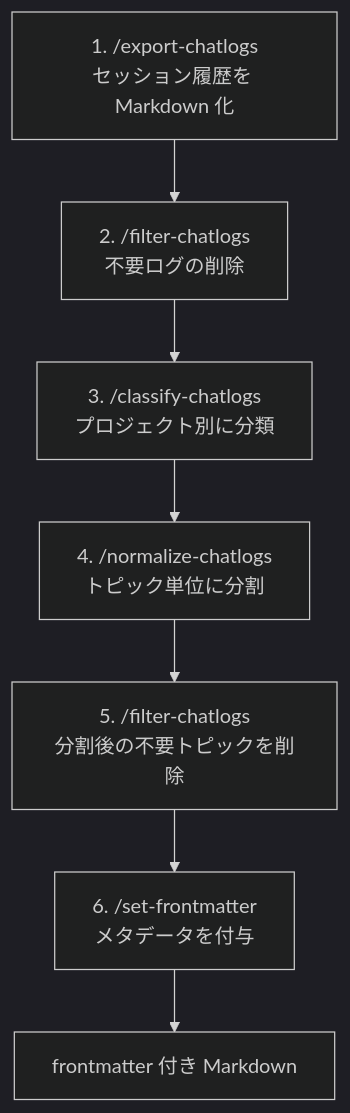
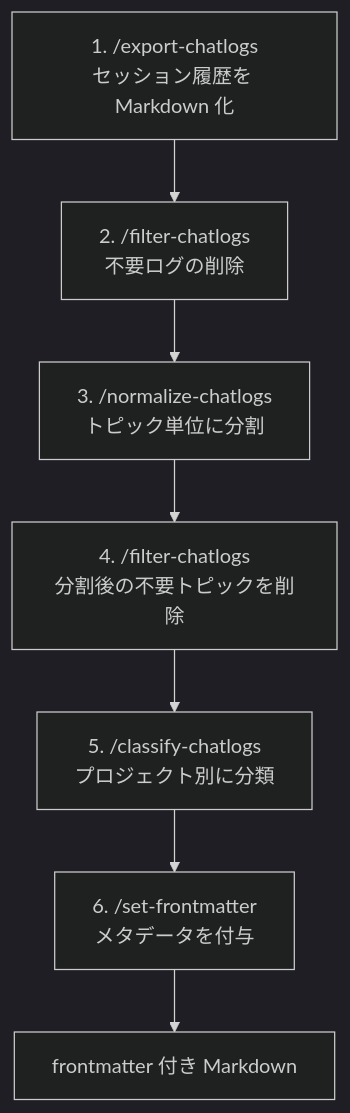
One commit to atsushifx/zenn-dev changed the diagram in articles/oss-chatlog-exporter-overview.md. Above: the diagram before and after it, drawn with Mermaid (dark theme). The commit also changed other lines of this file, not shown here.

````diff
--- a/articles/oss-chatlog-exporter-overview.md
+++ b/articles/oss-chatlog-exporter-overview.md
@@ -511,9 +514,9 @@
 ```mermaid
 flowchart TD
     A["1. /export-chatlogs<br/>セッション履歴を Markdown 化"] --> B["2. /filter-chatlogs<br/>不要ログの削除"]
-    B --> C["3. /classify-chatlogs<br/>プロジェクト別に分類"]
-    C --> D["4. /normalize-chatlogs<br/>トピック単位に分割"]
-    D --> E["5. /filter-chatlogs<br/>分割後の不要トピックを削除"]
+    B --> C["3. /normalize-chatlogs<br/>トピック単位に分割"]
+    C --> D["4. /filter-chatlogs<br/>分割後の不要トピックを削除"]
+    D --> E["5. /classify-chatlogs<br/>プロジェクト別に分類"]
     E --> F["6. /set-frontmatter<br/>メタデータを付与"]
     F --> G["frontmatter 付き Markdown"]
 ```
````
